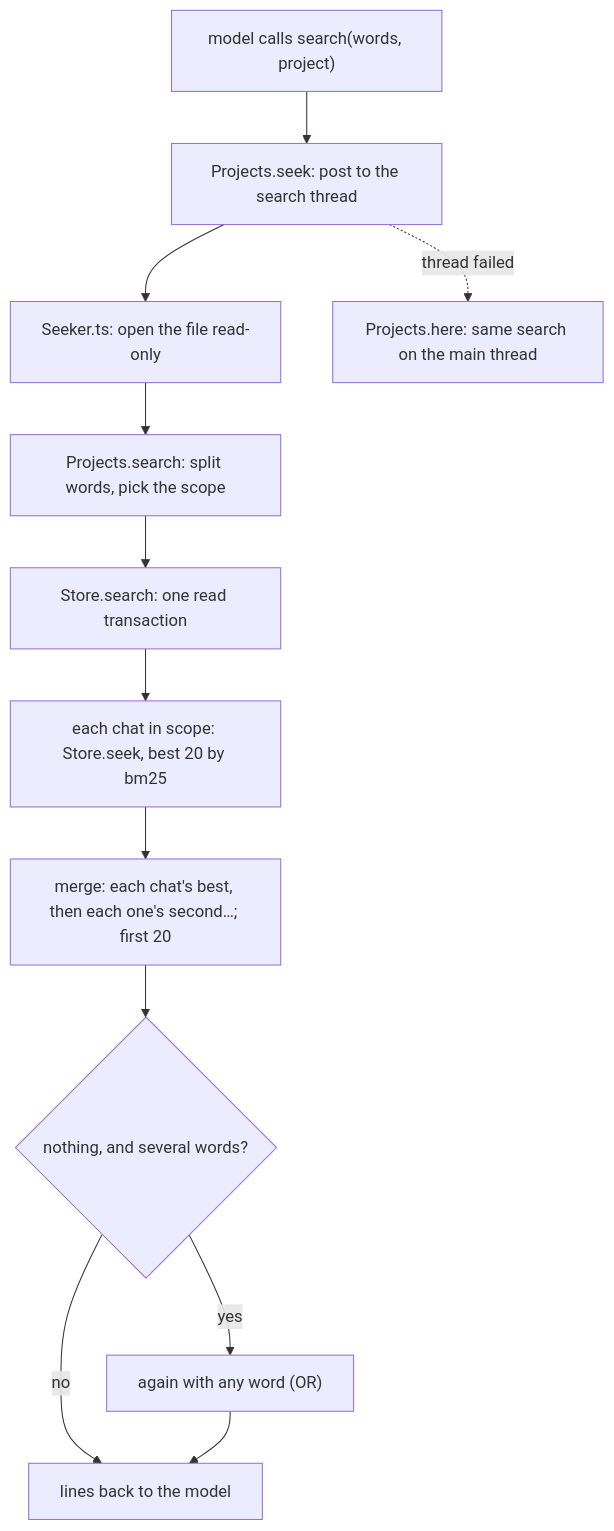
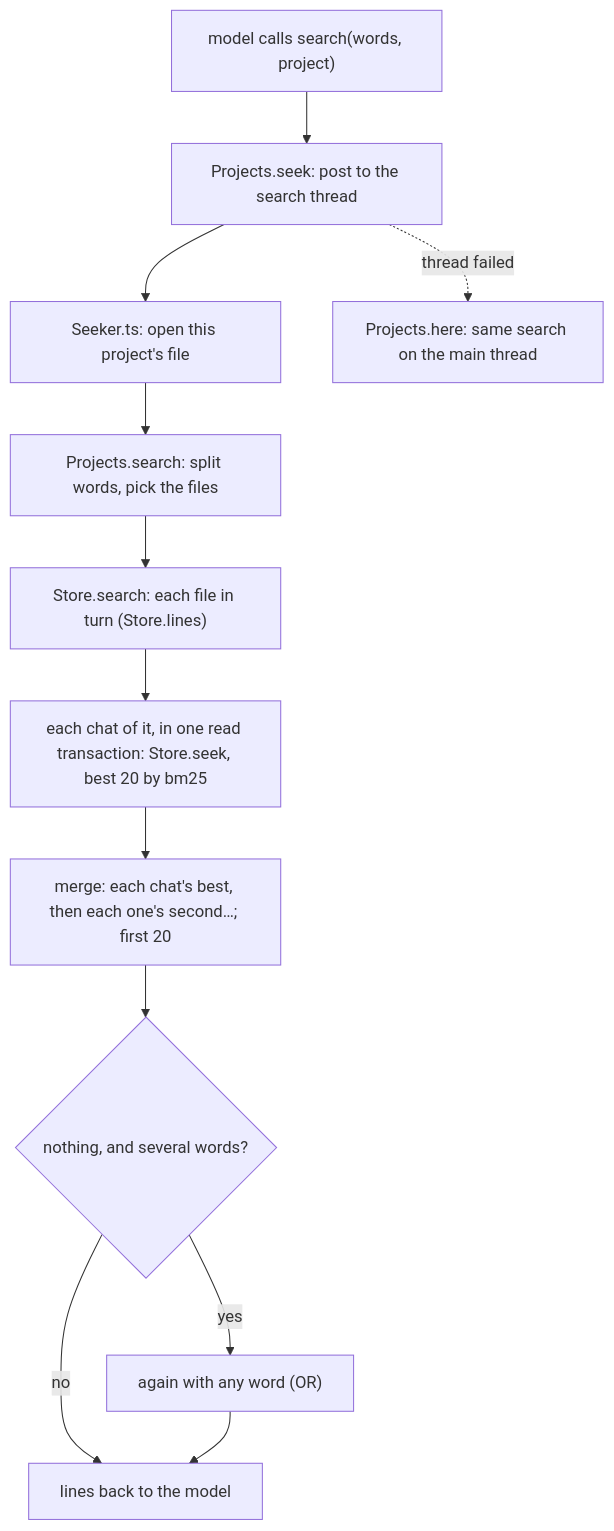
Before and after one commit to 4our4ace/illimitable-chat: the fourth of 4 diagrams in docs/storage.md, drawn with Mermaid. The commit also changed other lines of this file and 16 other files, not shown here.

````diff
--- a/docs/storage.md
+++ b/docs/storage.md
@@ -402,14 +563,14 @@
 ```mermaid
 flowchart TD
   T["model calls search(words, project)"] --> S["Projects.seek: post to the search thread"]
-  S --> W["Seeker.ts: open the file read-only"]
-  W --> P["Projects.search: split words, pick the scope"]
-  P --> R["Store.search: one read transaction"]
-  R --> C["each chat in scope: Store.seek, best 20 by bm25"]
+  S --> W["Seeker.ts: open this project's file"]
+  W --> P["Projects.search: split words, pick the files"]
+  P --> R["Store.search: each file in turn (Store.lines)"]
+  R --> C["each chat of it, in one read transaction: Store.seek, best 20 by bm25"]
   C --> M["merge: each chat's best, then each one's second…; first 20"]
   M --> E{"nothing, and several words?"}
   E -- yes --> O["again with any word (OR)"]
   E -- no --> X["lines back to the model"]
   O --> X
   S -. "thread failed" .-> I["Projects.here: same search on the main thread"]
 ```
````
